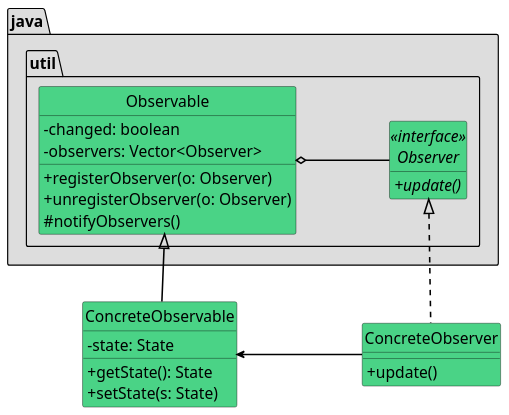
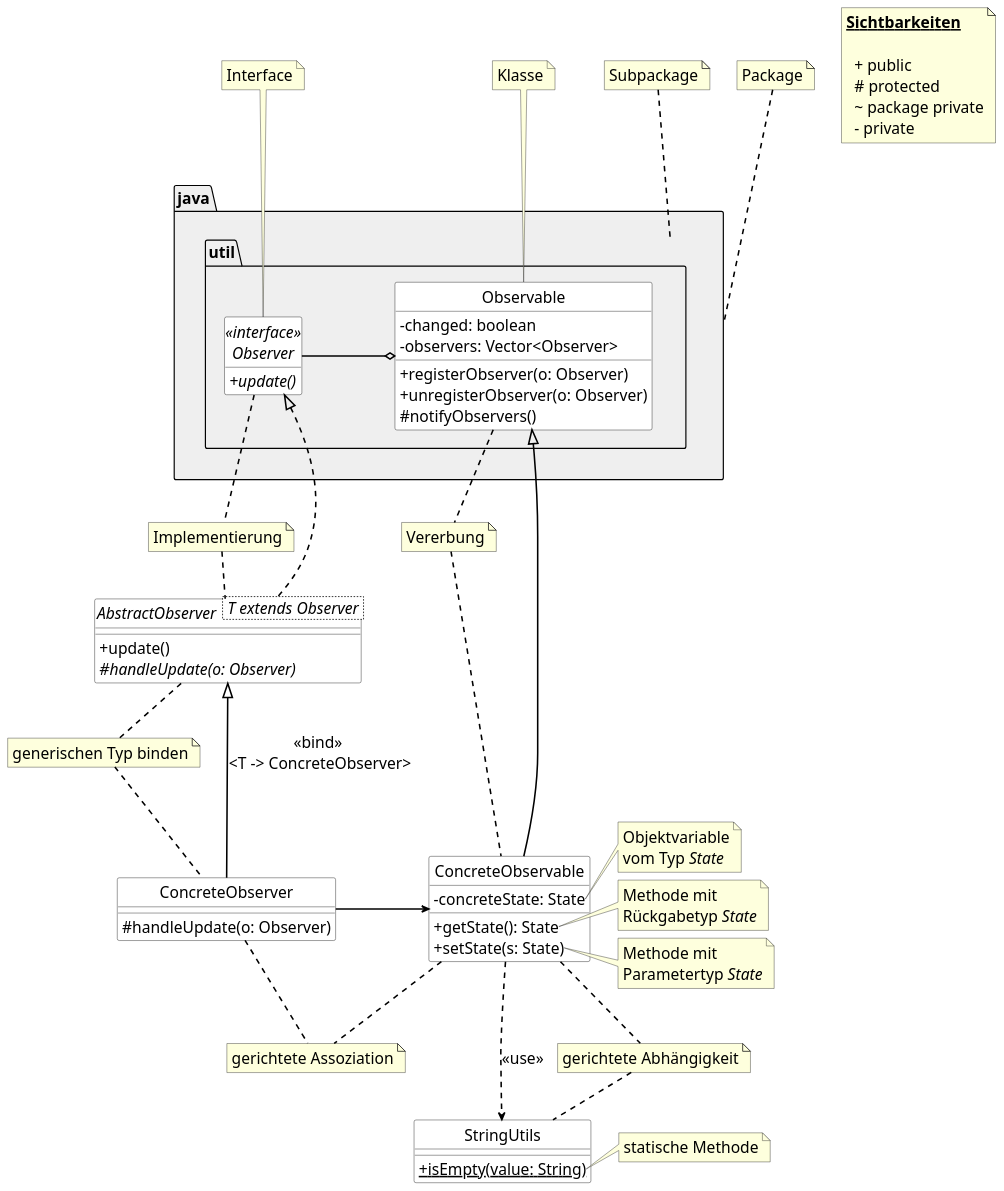
One commit to uhafner/codingstyle changed the diagram in doc/uml/class-diagram-technical.puml. Above: the diagram before and after it, drawn with PlantUML. The commit also changed 4 other files, not shown here.

Commit message:
Improve coloring and added component overview diagram.

```diff
--- a/doc/uml/class-diagram-technical.puml
+++ b/doc/uml/class-diagram-technical.puml
@@ -1,64 +1,133 @@
 @startuml
 
 skinparam package {
-  BackgroundColor #dddddd
+  BackgroundColor #efefef
   BorderColor #a0a0a0
   BackgroundColor<<Main>> gold
   BorderColor black
   ArrowColor black
   FontName  Arial Unicode MS
   FontSize 20
 }
 
 skinparam class {
-  BackgroundColor #4AD386
-  BorderColor #a0a0a0
+  BackgroundColor #white
+  BorderColor #f4f4f4
   BackgroundColor<<Main>> gold
   BorderColor black
   ArrowColor black
   FontName  Arial Unicode MS
   FontSize 20
 }
 skinparam classFontSize 24
 skinparam classAttributeIconSize 0
 skinparam defaultFontSize 20
 
 skinparam ArrowColor black
 skinparam ArrowThickness 2
 
 hide circle
 
 package java.util {
     class Observable {
         - changed: boolean
         - observers: Vector<Observer>
         +registerObserver(o: Observer)
         +unregisterObserver(o: Observer)
         #notifyObservers()
     }
 
     interface Observer <<interface>> {
         +update() {abstract}
     }
+}
 
-}
+note "Package" as Package
+note "Subpackage" as Subpackage
+note "Klasse" as Class
+note "Interface" as Interface
+note "Vererbung" as Vererbung
+note "Implementierung" as Implementierung
+note "gerichtete Assoziation" as Assoziation
+note "generischen Typ binden" as Generics
+note "gerichtete Abhängigkeit" as Dependency
+
 class ConcreteObservable {
-    -state: State
+    -concreteState: State
     +getState(): State
     +setState(s: State)
 }
 
 Observable <|-- ConcreteObservable
 
 hide interface fields
 
+abstract class AbstractObserver < T extends Observer >  {
+    +update()
+    #handleUpdate(o: Observer) {abstract}
+}
+
 class ConcreteObserver {
-    +update()
+    #handleUpdate(o: Observer)
 }
+
+class StringUtils {
+    +isEmpty(value: String) {static}
+}
+
+note right of ConcreteObservable::concreteState
+  Objektvariable
+  vom Typ <i>State</i>
+end note
+
+note right of ConcreteObservable::getState
+  Methode mit
+  Rückgabetyp <i>State</i>
+end note
+
+note right of ConcreteObservable::setState
+  Methode mit
+  Parametertyp <i>State</i>
+end note
+
 
 Observable o- Observer : \t\t
 
-Observer <|.. ConcreteObserver
-ConcreteObservable <- ConcreteObserver : \t\t\t
+Observer <|.. AbstractObserver
+AbstractObserver <|-- ConcreteObserver : <<bind>> \n<T -> ConcreteObserver>
+ConcreteObservable <-left- ConcreteObserver : \t\t
+
+java .up. Package
+util .up. Subpackage
+Observable .up. Class
+Observable .. Vererbung
+ConcreteObservable .up. Vererbung
+Observer .up. Interface
+
+Observer .down. Implementierung
+AbstractObserver .up. Implementierung
+
+ConcreteObserver .down. Assoziation
+ConcreteObservable .down. Assoziation
+ConcreteObservable .down.> StringUtils : <<use>>
+
+ConcreteObserver .up. Generics
+AbstractObserver .down. Generics
+
+ConcreteObservable .down. Dependency
+StringUtils .up. Dependency
+
+note right of StringUtils::isEmpty
+  statische Methode
+end note
+
+note as floating
+  <u><b>Sichtbarkeiten</b></u>
+
+    + public
+    # protected
+    ~ package private
+    - private
+end note
 
 @enduml
```
